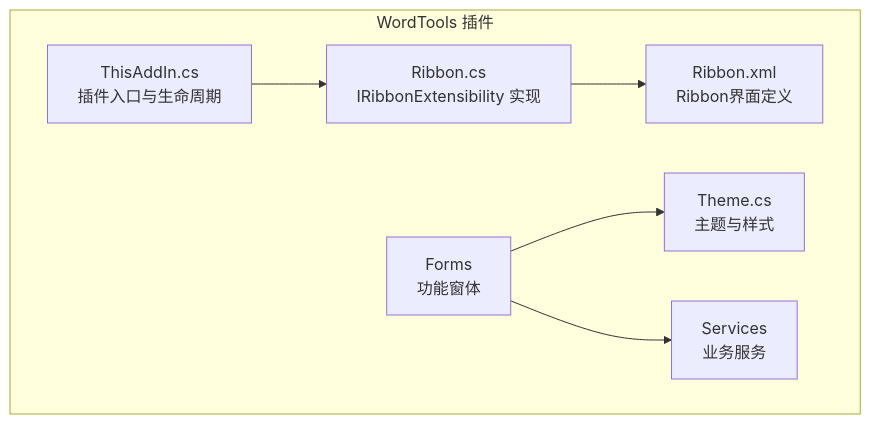
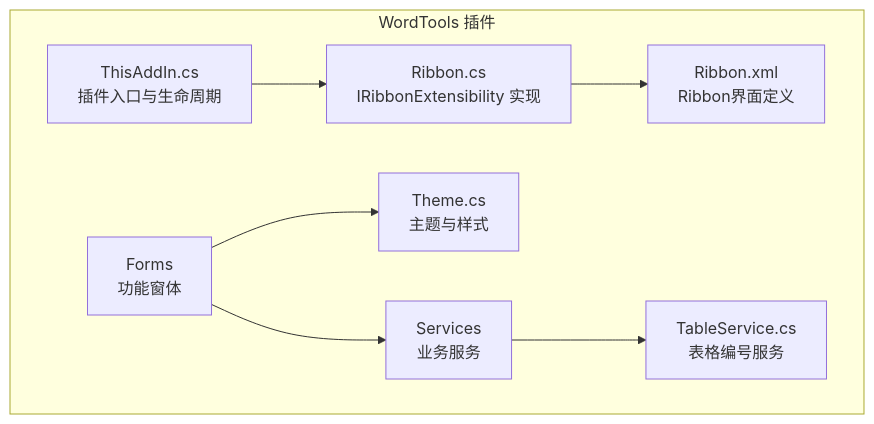
Before and after one commit to rainiva/WordTools: the first of 12 diagrams in .qoder/repowiki/zh/content/架构设计/Ribbon界面系统.md, drawn with Mermaid. The commit also changed other lines of this file and 12 other files, not shown here.

````diff
--- a/.qoder/repowiki/zh/content/架构设计/Ribbon界面系统.md
+++ b/.qoder/repowiki/zh/content/架构设计/Ribbon界面系统.md
@@ -41,15 +51,17 @@
 ```mermaid
 graph TB
 subgraph "WordTools 插件"
 A["ThisAddIn.cs<br/>插件入口与生命周期"]
 B["Ribbon.cs<br/>IRibbonExtensibility 实现"]
 C["Ribbon.xml<br/>Ribbon界面定义"]
 D["Theme.cs<br/>主题与样式"]
 E["Forms<br/>功能窗体"]
 F["Services<br/>业务服务"]
+G["TableService.cs<br/>表格编号服务"]
 end
 A --> B
 B --> C
 E --> D
 E --> F
+F --> G
 ```
````
